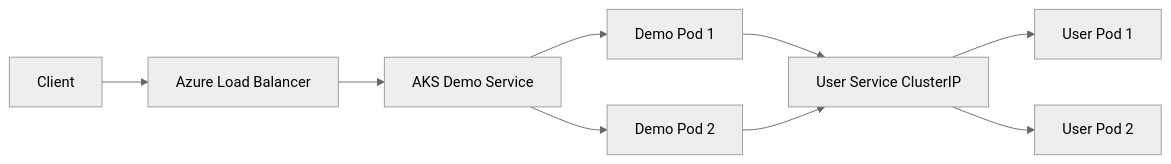
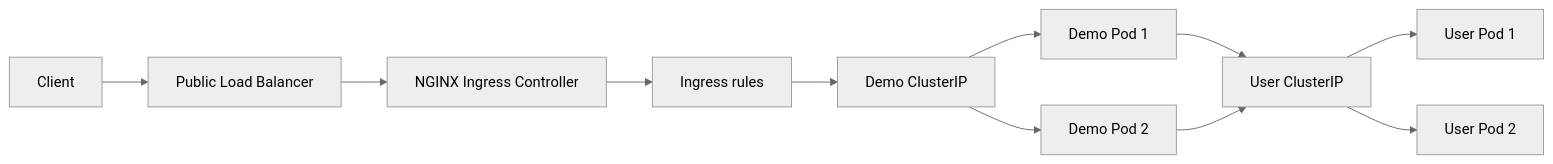
One commit to manglatech/Azure_Kubernetes_Service changed the first of 3 diagrams in README.md. Above: the diagram before and after it, drawn with Mermaid (neutral theme). The commit also changed other lines of this file and 13 other files, not shown here.

First line of the commit message:
Add NGINX Ingress routing with local TLS and access helpers.

````diff
--- a/README.md
+++ b/README.md
@@ -140,11 +157,13 @@
 ```mermaid
 flowchart LR
-  User[Client] --> LB[Azure Load Balancer]
-  LB --> SVC[AKS Demo Service]
+  User[Client] --> LB[Public Load Balancer]
+  LB --> ING[NGINX Ingress Controller]
+  ING --> IR[Ingress rules]
+  IR --> SVC[Demo ClusterIP]
   SVC --> P1[Demo Pod 1]
   SVC --> P2[Demo Pod 2]
-  P1 --> USVC[User Service ClusterIP]
+  P1 --> USVC[User ClusterIP]
   P2 --> USVC
   USVC --> U1[User Pod 1]
   USVC --> U2[User Pod 2]
 ```
````
